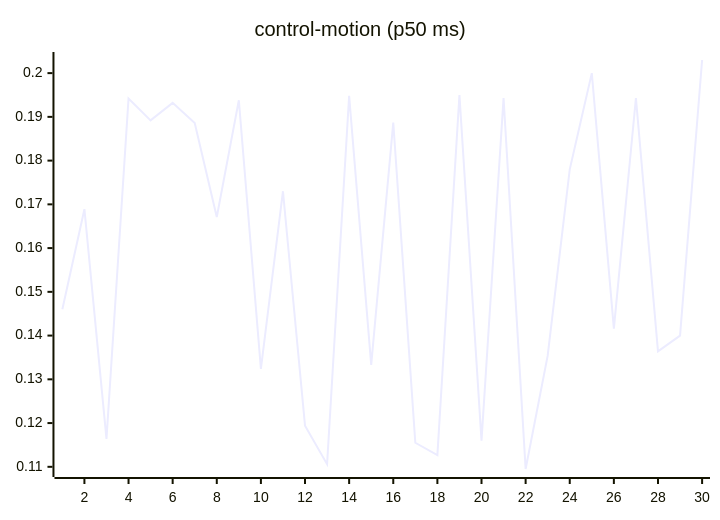
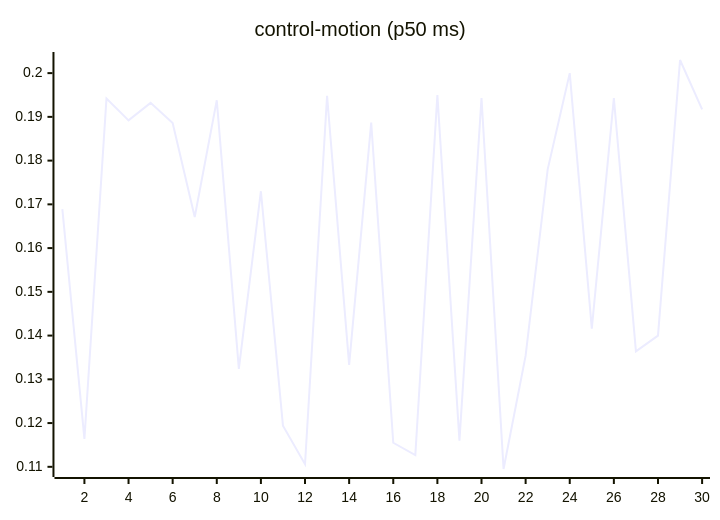
Before and after one commit to josha/Facet: the seventh of 27 diagrams in README.md, drawn with Mermaid. The commit also changed other lines of this file and 2 other files, not shown here.

````diff
--- a/README.md
+++ b/README.md
@@ -105,6 +105,6 @@
 ```mermaid
 xychart-beta
     title "control-motion (p50 ms)"
     x-axis 1 --> 30
-    line [0.1460, 0.1689, 0.1164, 0.1942, 0.1892, 0.1932, 0.1886, 0.1671, 0.1938, 0.1324, 0.1730, 0.1194, 0.1106, 0.1948, 0.1333, 0.1887, 0.1155, 0.1127, 0.1950, 0.1160, 0.1943, 0.1095, 0.1354, 0.1780, 0.2000, 0.1416, 0.1943, 0.1364, 0.1400, 0.2030]
+    line [0.1689, 0.1164, 0.1942, 0.1892, 0.1932, 0.1886, 0.1671, 0.1938, 0.1324, 0.1730, 0.1194, 0.1106, 0.1948, 0.1333, 0.1887, 0.1155, 0.1127, 0.1950, 0.1160, 0.1943, 0.1095, 0.1354, 0.1780, 0.2000, 0.1416, 0.1943, 0.1364, 0.1400, 0.2030, 0.1917]
 ```
````
